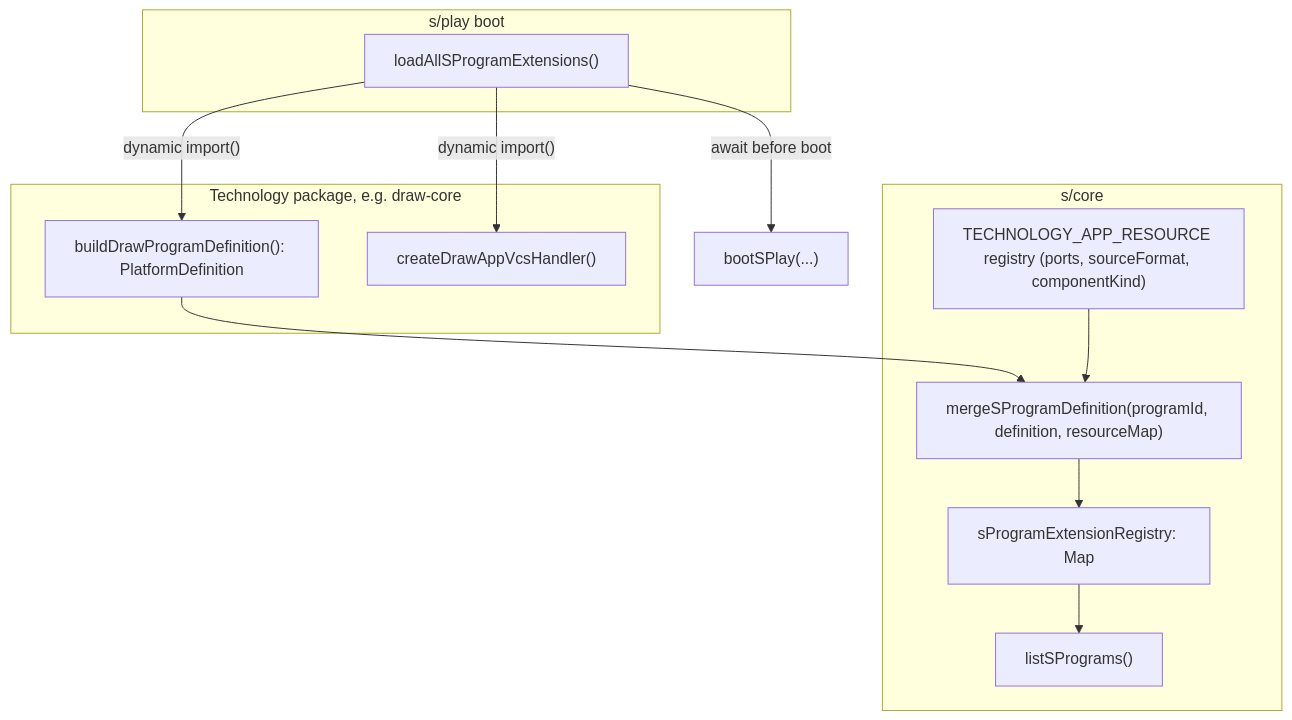
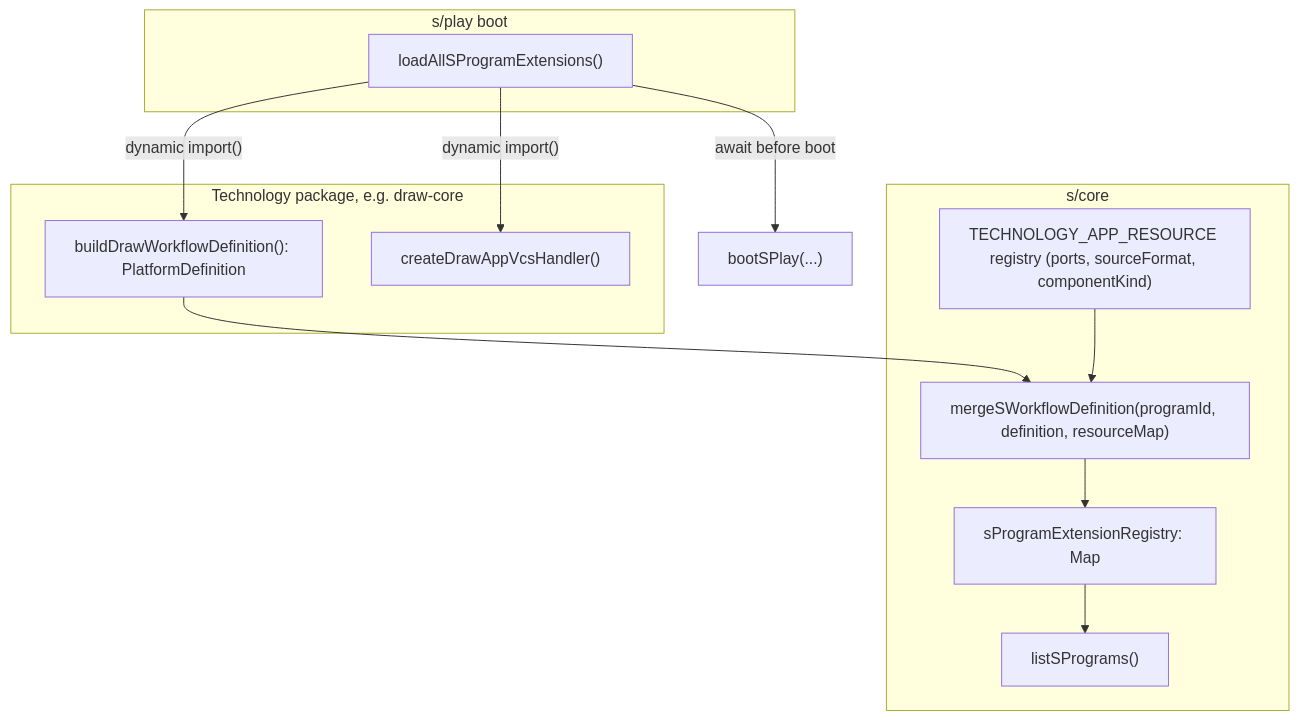
The diagram in .cursor/plans/s_technology_extension_loading_7b106fe7.plan.md (usalu/semio), drawn with Mermaid before and after one commit. The commit also changed other lines of this file and 1361 other files, not shown here.

````diff
--- a/.cursor/plans/s_technology_extension_loading_7b106fe7.plan.md
+++ b/.cursor/plans/s_technology_extension_loading_7b106fe7.plan.md
@@ -56,23 +56,23 @@
 ```mermaid
 flowchart TD
     subgraph techPkg [Technology package, e.g. draw-core]
-        buildDef["buildDrawProgramDefinition(): PlatformDefinition"]
+        buildDef["buildDrawWorkflowDefinition(): PlatformDefinition"]
         vcsHandler["createDrawAppVcsHandler()"]
     end
     subgraph sCore [s/core]
         resourceMap["TECHNOLOGY_APP_RESOURCE registry (ports, sourceFormat, componentKind)"]
-        mergeFn["mergeSProgramDefinition(programId, definition, resourceMap)"]
+        mergeFn["mergeSWorkflowDefinition(programId, definition, resourceMap)"]
         registry["sProgramExtensionRegistry: Map"]
         listPrograms["listSPrograms()"]
     end
     subgraph sPlay [s/play boot]
         loader["loadAllSProgramExtensions()"]
     end
     loader -->|"dynamic import()"| buildDef
     loader -->|"dynamic import()"| vcsHandler
     buildDef --> mergeFn
     resourceMap --> mergeFn
     mergeFn --> registry
     registry --> listPrograms
     loader -->|await before boot| bootSPlay["bootSPlay(...)"]
 ```
````
